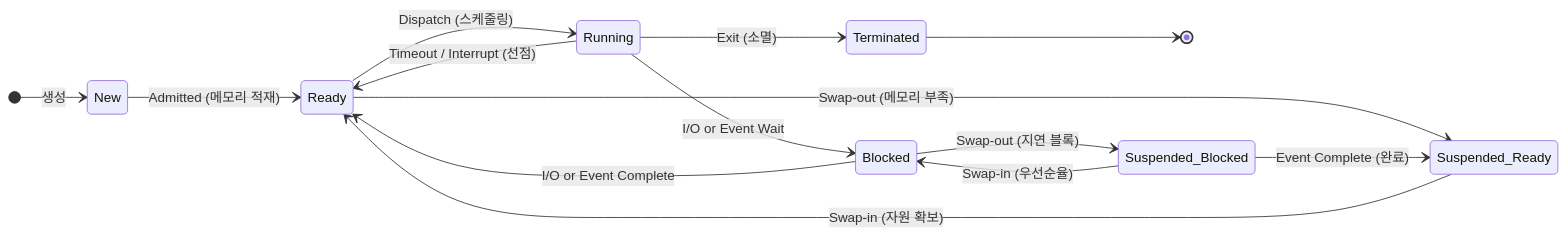
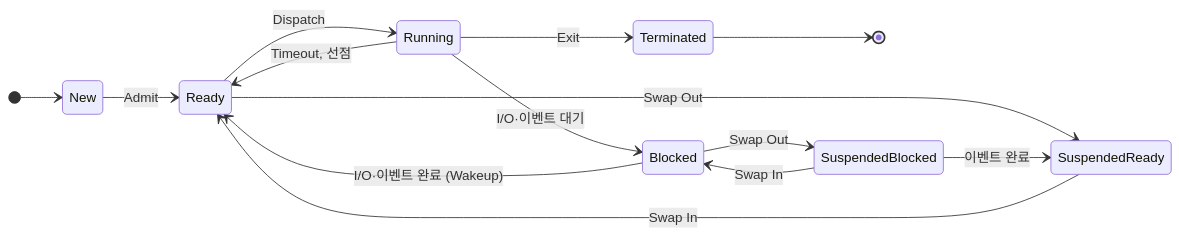
The diagram in content/01_IT Tech/프로세스 상태 전이도.md (supremethumb/supremethumb.github.io), drawn with Mermaid before and after one commit. The commit also changed other lines of this file and 1087 other files, not shown here.

````diff
--- a/content/01_IT Tech/프로세스 상태 전이도.md
+++ b/content/01_IT Tech/프로세스 상태 전이도.md
@@ -26,24 +34,17 @@
 ```mermaid
 stateDiagram-v2
     direction LR
-
-    [*] --> New: 생성
-    New --> Ready: Admitted (메모리 적재)
-
-    Ready --> Running: Dispatch (스케줄링)
-    Running --> Ready: Timeout / Interrupt (선점)
-
-    Running --> Blocked: I/O or Event Wait
-    Blocked --> Ready: I/O or Event Complete
-
-    Running --> Terminated: Exit (소멸)
+    [*] --> New
+    New --> Ready: Admit
+    Ready --> Running: Dispatch
+    Running --> Ready: Timeout, 선점
+    Running --> Blocked: I/O·이벤트 대기
+    Blocked --> Ready: I/O·이벤트 완료 (Wakeup)
+    Running --> Terminated: Exit
     Terminated --> [*]
-
-    Ready --> Suspended_Ready: Swap-out (메모리 부족)
-    Suspended_Ready --> Ready: Swap-in (자원 확보)
-
-    Blocked --> Suspended_Blocked: Swap-out (지연 블록)
-    Suspended_Blocked --> Blocked: Swap-in (우선순율)
-    Suspended_Blocked --> Suspended_Ready: Event Complete (완료)
-
+    Ready --> SuspendedReady: Swap Out
+    SuspendedReady --> Ready: Swap In
+    Blocked --> SuspendedBlocked: Swap Out
+    SuspendedBlocked --> Blocked: Swap In
+    SuspendedBlocked --> SuspendedReady: 이벤트 완료
 ```
````
